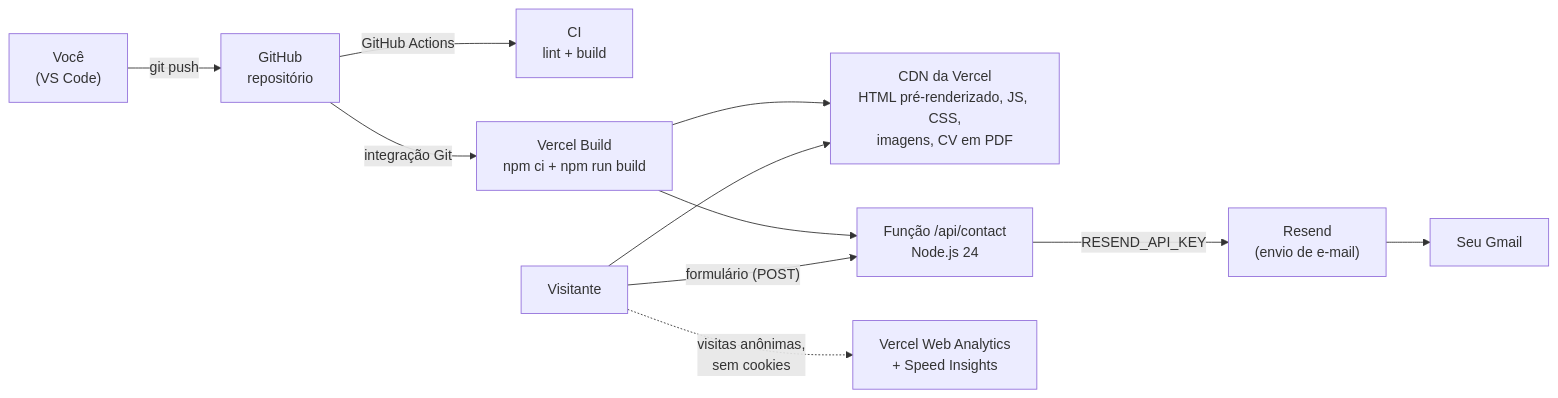
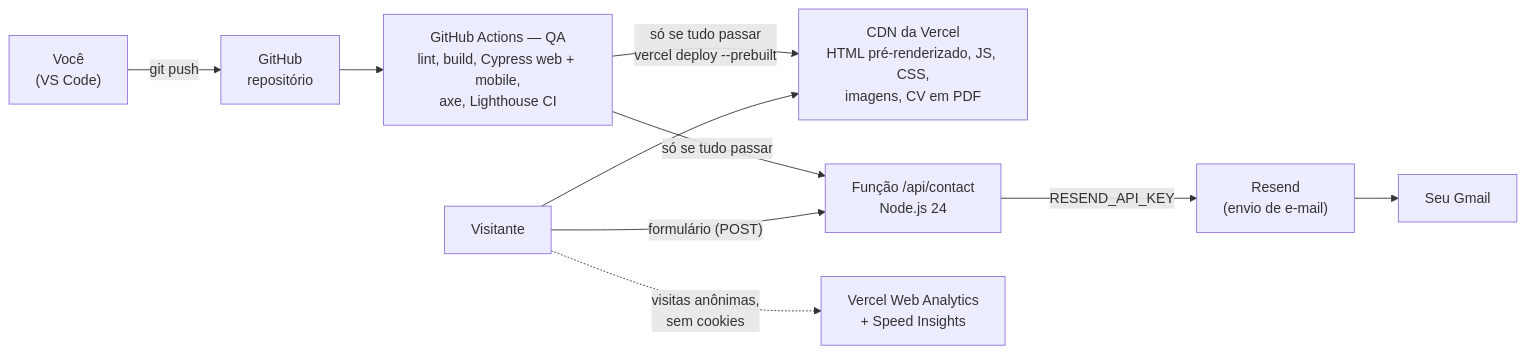
Before and after one commit to Guttinnz/Site_web_Gustavo: the first of 2 diagrams in docs/ARQUITETURA.md, drawn with Mermaid. The commit also changed other lines of this file and 61 other files, not shown here.

````diff
--- a/docs/ARQUITETURA.md
+++ b/docs/ARQUITETURA.md
@@ -7,13 +7,12 @@
 ```mermaid
 flowchart LR
   dev["Você<br/>(VS Code)"] -- "git push" --> gh["GitHub<br/>repositório"]
-  gh -- "GitHub Actions" --> ci["CI<br/>lint + build"]
-  gh -- "integração Git" --> build["Vercel Build<br/>npm ci + npm run build"]
-  build --> cdn["CDN da Vercel<br/>HTML pré-renderizado, JS, CSS,<br/>imagens, CV em PDF"]
-  build --> fn["Função /api/contact<br/>Node.js 24"]
+  gh --> qa["GitHub Actions — QA<br/>lint, build, Cypress web + mobile,<br/>axe, Lighthouse CI"]
+  qa -- "só se tudo passar<br/>vercel deploy --prebuilt" --> cdn["CDN da Vercel<br/>HTML pré-renderizado, JS, CSS,<br/>imagens, CV em PDF"]
+  qa -- "só se tudo passar" --> fn["Função /api/contact<br/>Node.js 24"]
   visitante["Visitante"] --> cdn
   visitante -- "formulário (POST)" --> fn
   fn -- "RESEND_API_KEY" --> resend["Resend<br/>(envio de e-mail)"]
   resend --> gmail["Seu Gmail"]
   visitante -. "visitas anônimas,<br/>sem cookies" .-> analytics["Vercel Web Analytics<br/>+ Speed Insights"]
 ```
````
